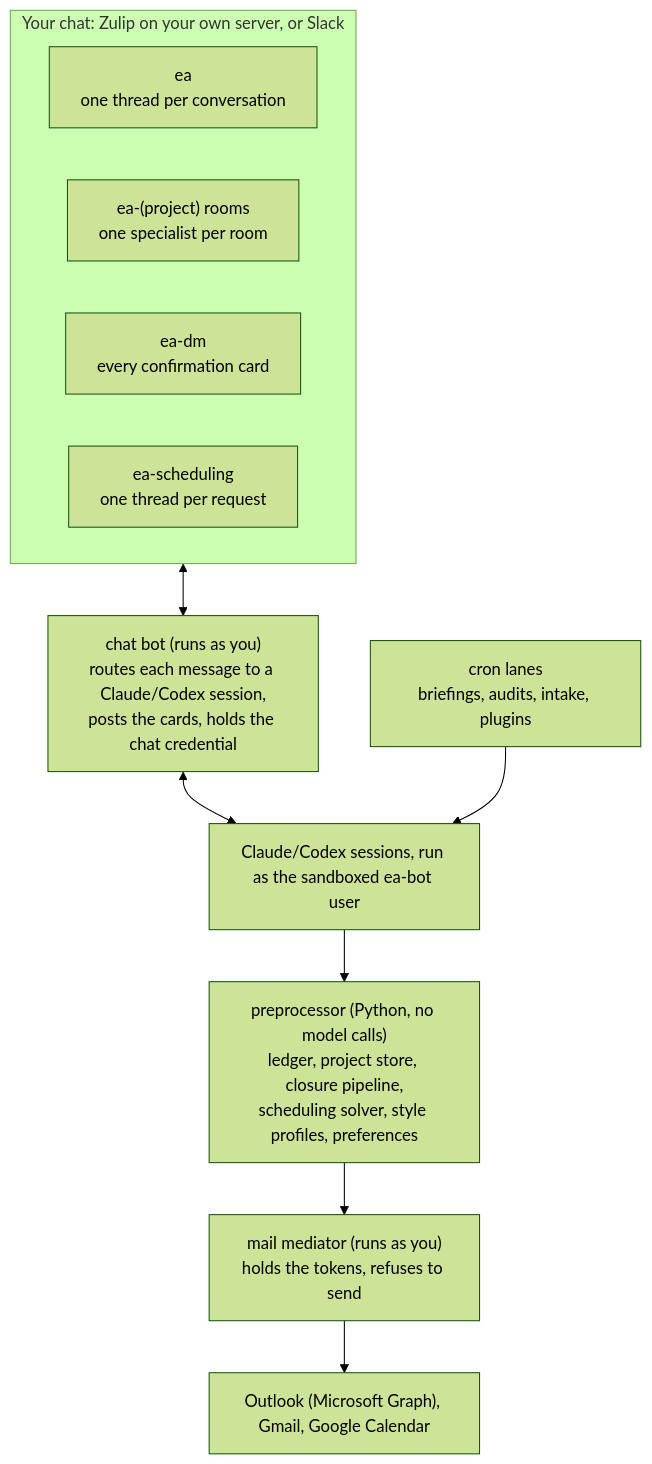
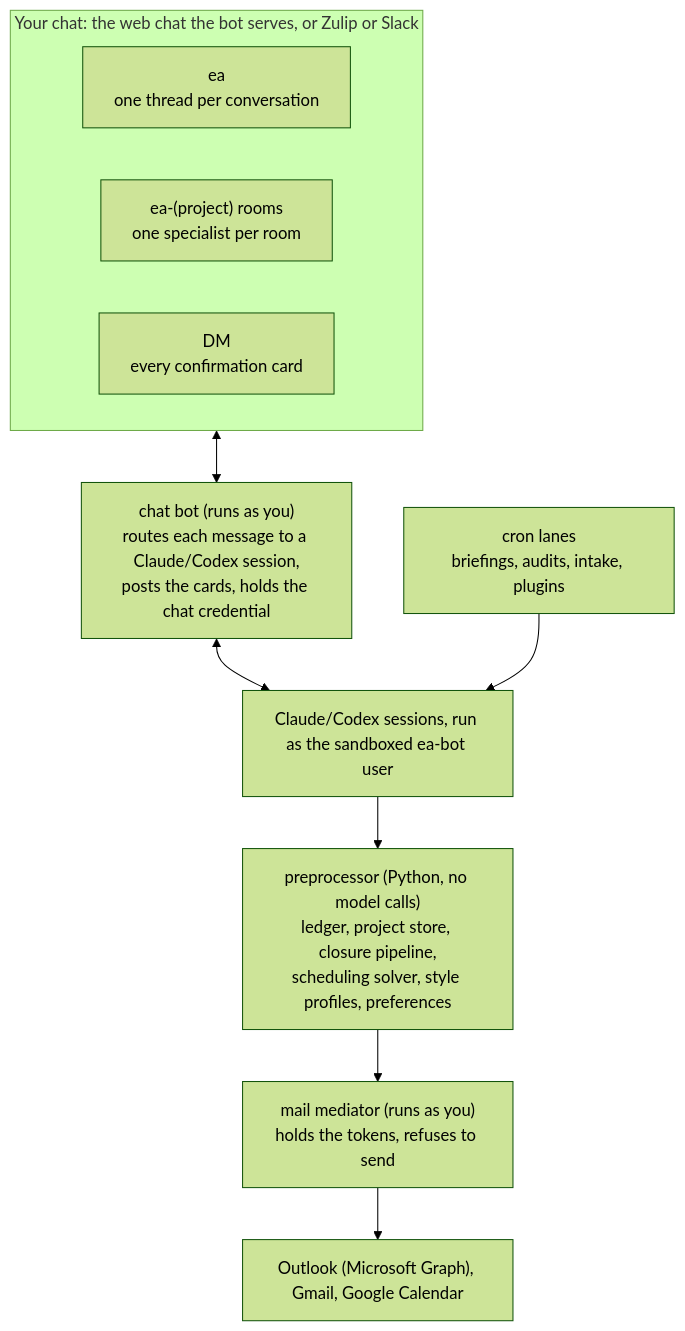
Before and after one commit to arpg/tacitus: the second of 2 diagrams in README.md, drawn with Mermaid (forest theme). The commit also changed other lines of this file and 4 other files, not shown here.

````diff
--- a/README.md
+++ b/README.md
@@ -135,22 +209,21 @@
 ```mermaid
 flowchart TB
-    subgraph chat["Your chat: Zulip on your own server, or Slack"]
+    subgraph chat["Your chat: the web chat the bot serves, or Zulip or Slack"]
         direction LR
         ea["ea<br/>one thread per conversation"]
         rooms["ea-(project) rooms<br/>one specialist per room"]
-        dm["ea-dm<br/>every confirmation card"]
-        sched["ea-scheduling<br/>one thread per request"]
+        dm["DM<br/>every confirmation card"]
     end
     bot["chat bot (runs as you)<br/>routes each message to a Claude/Codex session,<br/>posts the cards, holds the chat credential"]
     sessions["Claude/Codex sessions, run as the sandboxed ea-bot user"]
     cron["cron lanes<br/>briefings, audits, intake, plugins"]
     pre["preprocessor (Python, no model calls)<br/>ledger, project store, closure pipeline,<br/>scheduling solver, style profiles, preferences"]
     med["mail mediator (runs as you)<br/>holds the tokens, refuses to send"]
     apis["Outlook (Microsoft Graph), Gmail, Google Calendar"]
     chat <--> bot
     bot <--> sessions
     cron --> sessions
     sessions --> pre
     pre --> med
     med --> apis
 ```
````
